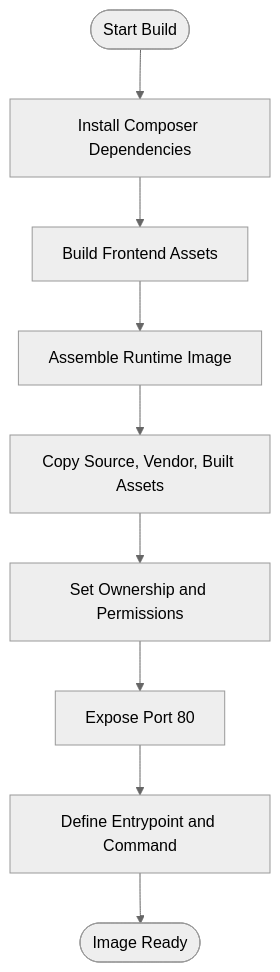
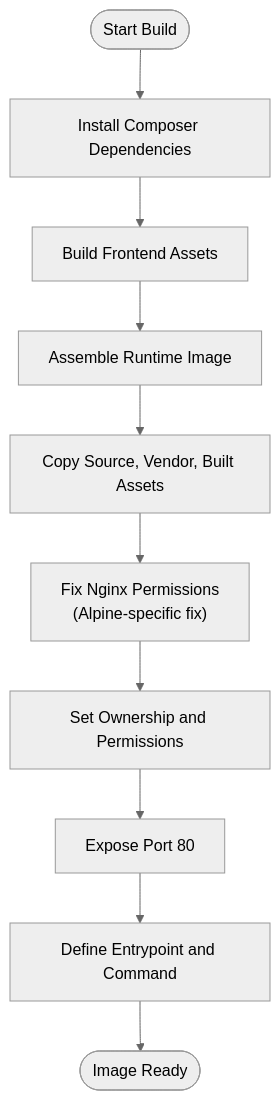
Before and after one commit to Dikksap/laravel_RsvHelmet: the third of 9 diagrams in .qoder/repowiki/en/content/Deployment Guide.md, drawn with Mermaid (neutral theme). The commit also changed other lines of this file and 9 other files, not shown here.

````diff
--- a/.qoder/repowiki/en/content/Deployment Guide.md
+++ b/.qoder/repowiki/en/content/Deployment Guide.md
@@ -149,11 +153,12 @@
 ```mermaid
 flowchart TD
 Start(["Start Build"]) --> ComposerStage["Install Composer Dependencies"]
 ComposerStage --> NodeStage["Build Frontend Assets"]
 NodeStage --> RuntimeStage["Assemble Runtime Image"]
 RuntimeStage --> CopyCode["Copy Source, Vendor, Built Assets"]
-CopyCode --> SetPerms["Set Ownership and Permissions"]
+CopyCode --> FixNginxPerms["Fix Nginx Permissions<br/>(Alpine-specific fix)"]
+FixNginxPerms --> SetPerms["Set Ownership and Permissions"]
 SetPerms --> ExposePort["Expose Port 80"]
 ExposePort --> DefineEntry["Define Entrypoint and Command"]
 DefineEntry --> End(["Image Ready"])
 ```
````
